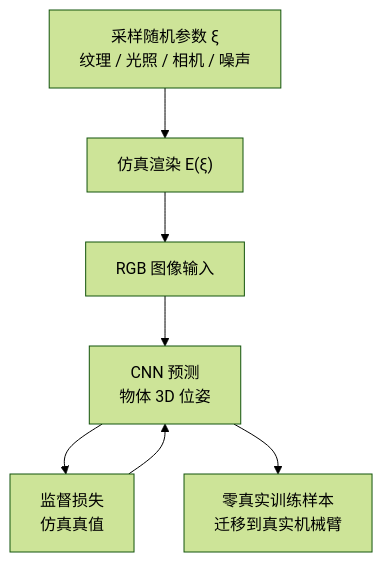
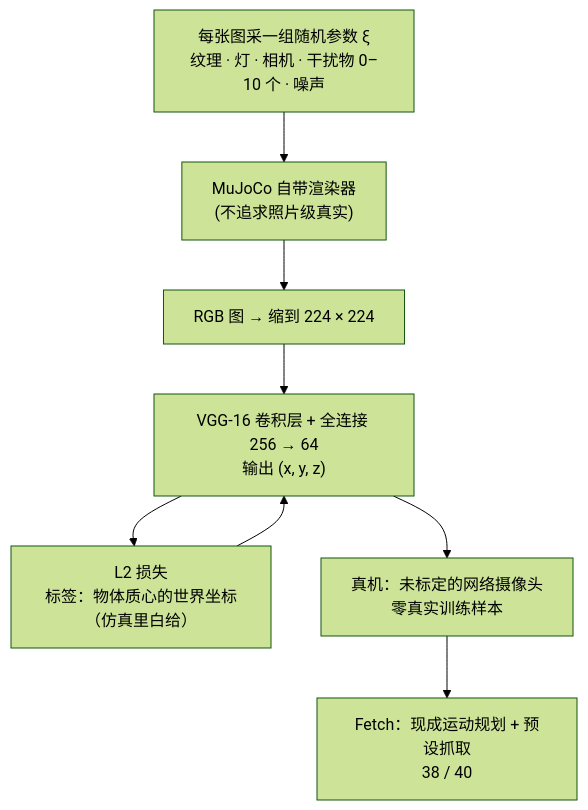
The diagram in papers/01_Foundational_RL/Domain_Randomization_for_Transferring_Deep_Neural_Networks_from_Simulation_to_the_Real_World/Domain_Randomization_for_Transferring_Deep_Neural_Networks_from_Simulation_to_the_Real_World.md (ImChong/Robot_Learning_Paper_Notebooks), drawn with Mermaid (forest theme) before and after one commit. The commit also changed other lines of this file and 10 other files, not shown here.

```diff
--- a/papers/01_Foundational_RL/Domain_Randomization_for_Transferring_Deep_Neural_Networks_from_Simulation_to_the_Real_World/Domain_Randomization_for_Transferring_Deep_Neural_Networks_from_Simulation_to_the_Real_World.md
+++ b/papers/01_Foundational_RL/Domain_Randomization_for_Transferring_Deep_Neural_Networks_from_Simulation_to_the_Real_World/Domain_Randomization_for_Transferring_Deep_Neural_Networks_from_Simulation_to_the_Real_World.md
@@ -72,9 +125,10 @@
 <div class="mermaid">
 flowchart TB
-    Xi["采样随机参数 ξ<br/>纹理 / 光照 / 相机 / 噪声"] --> Sim["仿真渲染 E(ξ)"]
-    Sim --> Img["RGB 图像输入"]
-    Img --> CNN["CNN 预测<br/>物体 3D 位姿"]
-    CNN --> Loss["监督损失<br/>仿真真值"]
+    Xi["每张图采一组随机参数 ξ<br/>纹理 · 灯 · 相机 · 干扰物 0–10 个 · 噪声"] --> Sim["MuJoCo 自带渲染器<br/>(不追求照片级真实)"]
+    Sim --> Img["RGB 图 → 缩到 224 × 224"]
+    Img --> CNN["VGG-16 卷积层 + 全连接 256 → 64<br/>输出 (x, y, z)"]
+    CNN --> Loss["L2 损失<br/>标签：物体质心的世界坐标（仿真里白给）"]
     Loss --> CNN
-    CNN --> Deploy["零真实训练样本<br/>迁移到真实机械臂"]
+    CNN --> Deploy["真机：未标定的网络摄像头<br/>零真实训练样本"]
+    Deploy --> Grasp["Fetch：现成运动规划 + 预设抓取<br/>38 / 40"]
 </div>
```
